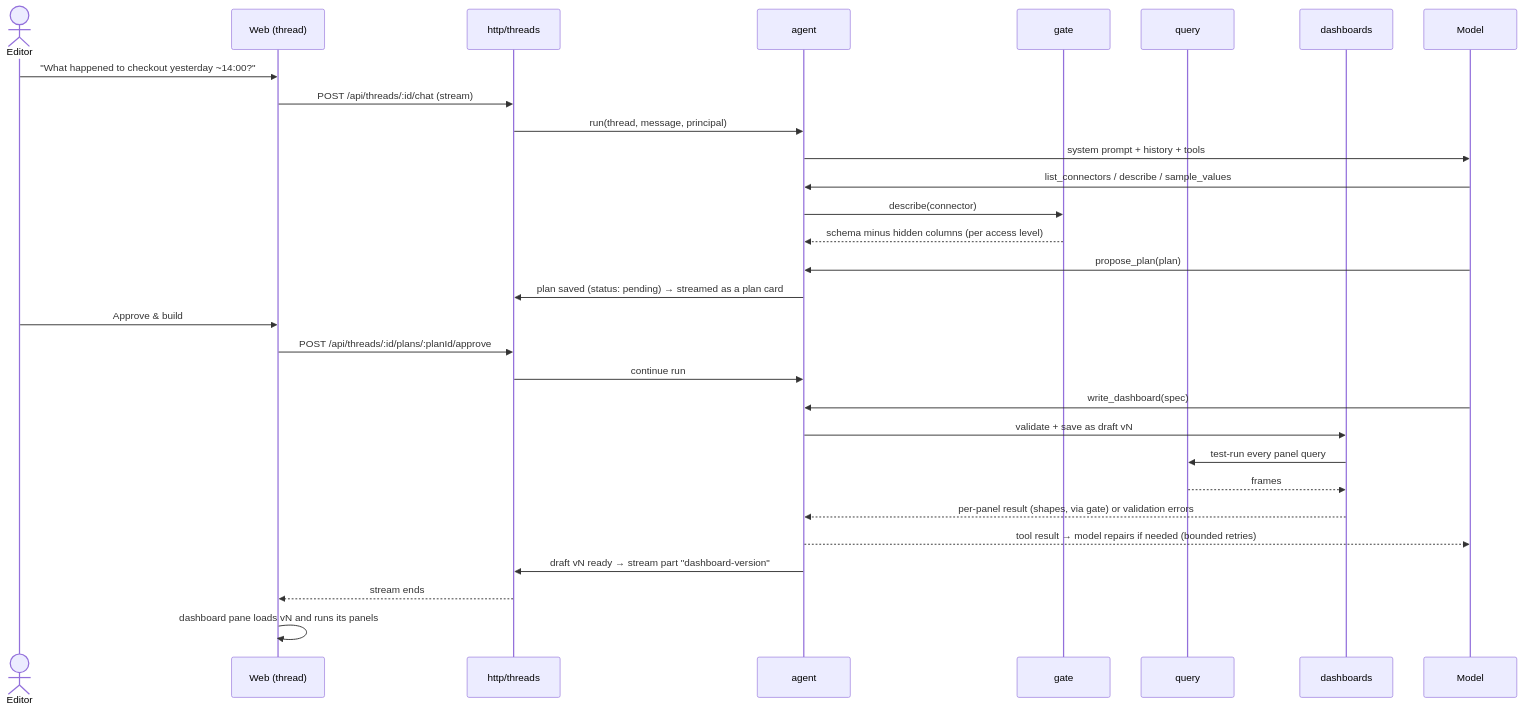
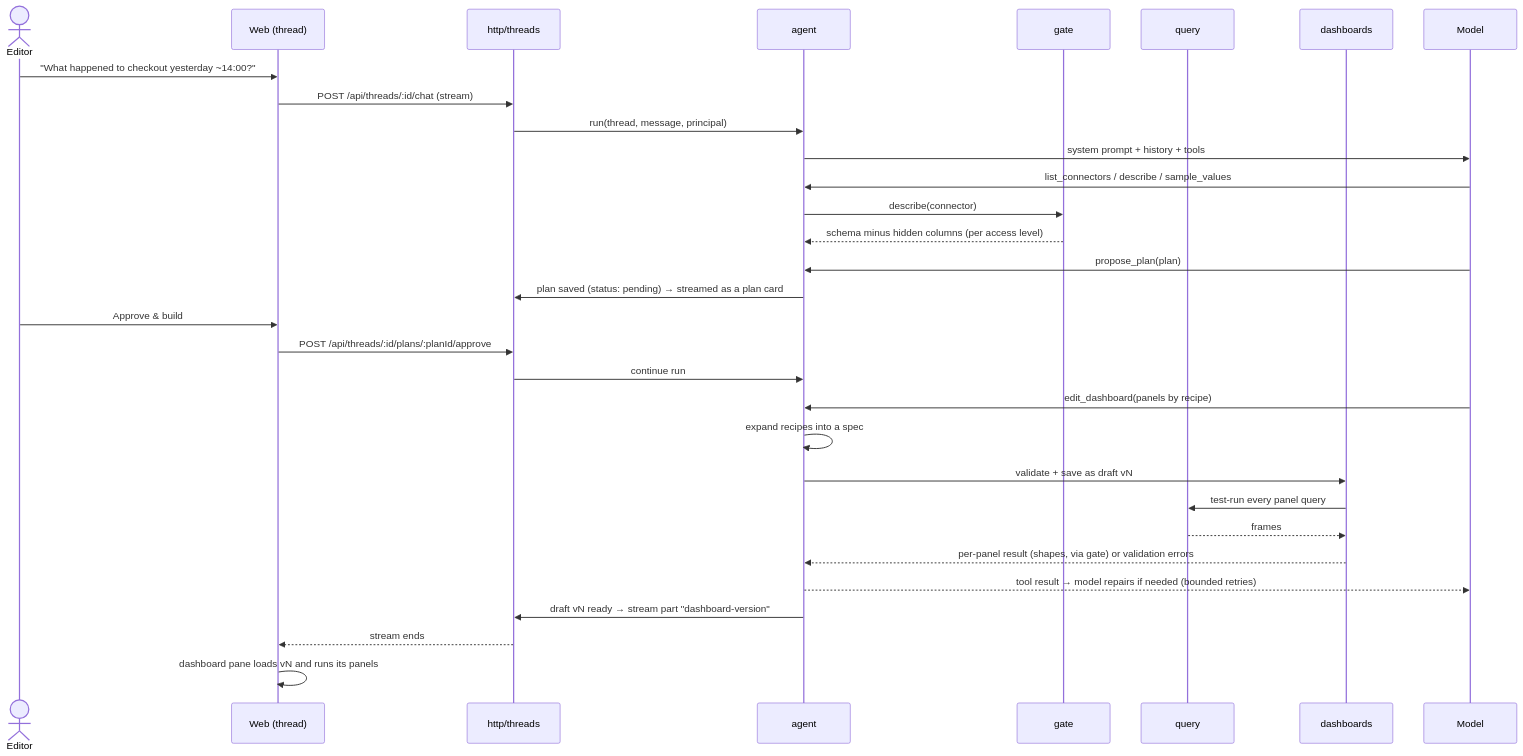
One commit to jboix/quanthea changed the second of 2 diagrams in docs/architecture.md. Above: the diagram before and after it, drawn with Mermaid. The commit also changed other lines of this file and 17 other files, not shown here.

````diff
--- a/docs/architecture.md
+++ b/docs/architecture.md
@@ -203,33 +203,34 @@
 ```mermaid
 sequenceDiagram
   actor U as Editor
   participant W as Web (thread)
   participant H as http/threads
   participant A as agent
   participant G as gate
   participant Q as query
   participant D as dashboards
   participant M as Model
 
   U->>W: "What happened to checkout yesterday ~14:00?"
   W->>H: POST /api/threads/:id/chat (stream)
   H->>A: run(thread, message, principal)
   A->>M: system prompt + history + tools
   M->>A: list_connectors / describe / sample_values
   A->>G: describe(connector)
   G-->>A: schema minus hidden columns (per access level)
   M->>A: propose_plan(plan)
   A->>H: plan saved (status: pending) → streamed as a plan card
   U->>W: Approve & build
   W->>H: POST /api/threads/:id/plans/:planId/approve
   H->>A: continue run
-  M->>A: write_dashboard(spec)
+  M->>A: edit_dashboard(panels by recipe)
+  A->>A: expand recipes into a spec
   A->>D: validate + save as draft vN
   D->>Q: test-run every panel query
   Q-->>D: frames
   D-->>A: per-panel result (shapes, via gate) or validation errors
   A-->>M: tool result → model repairs if needed (bounded retries)
   A->>H: draft vN ready → stream part "dashboard-version"
   H-->>W: stream ends
   W->>W: dashboard pane loads vN and runs its panels
 ```
````
